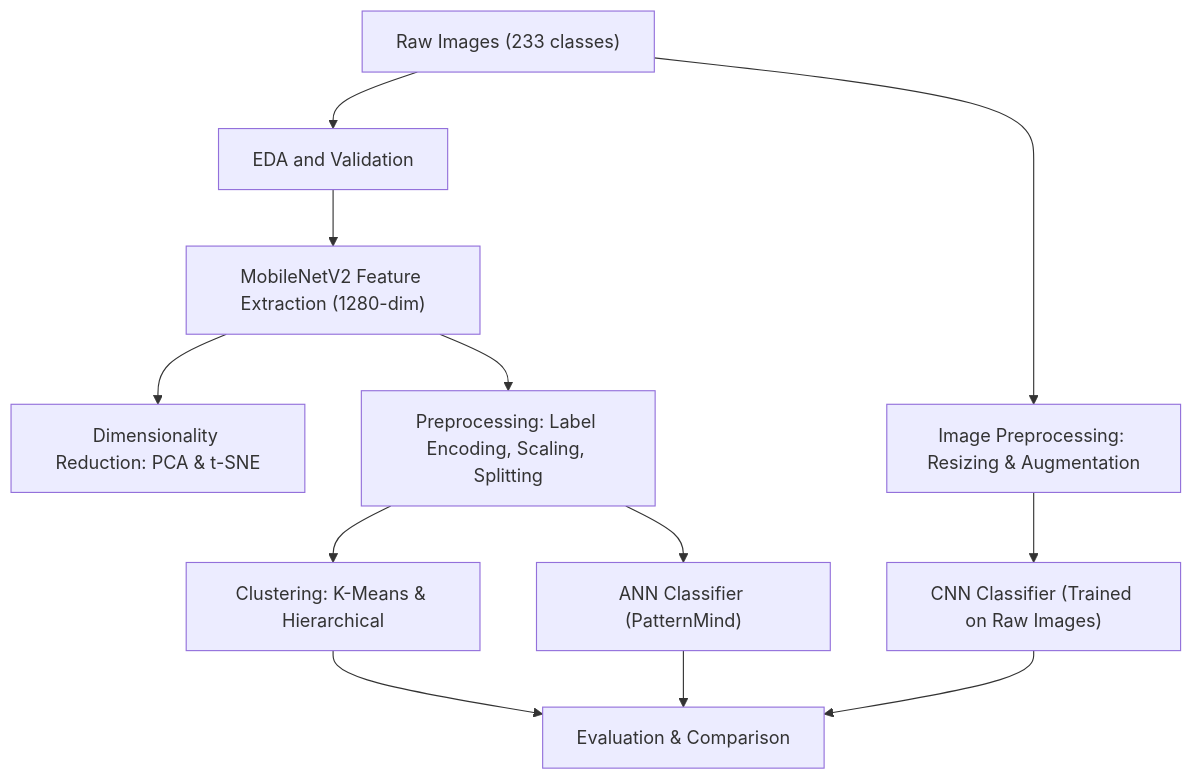
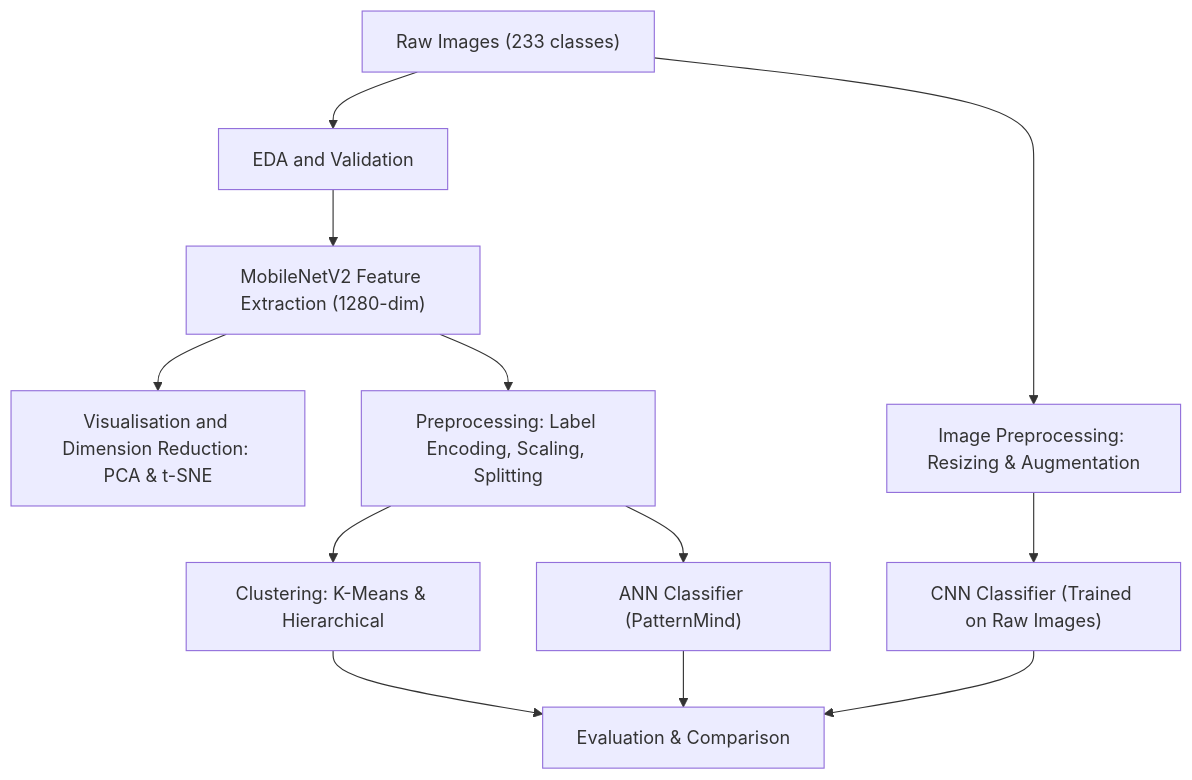
Before and after one commit to alcelaser/ML-Project-321991: the diagram in README.md, drawn with Mermaid. The commit also changed other lines of this file and 1 other file, not shown here.

````diff
--- a/README.md
+++ b/README.md
@@ -77,20 +73,20 @@
 ```mermaid
 flowchart TD
 
 A["Raw Images (233 classes)"] --> B["EDA and Validation"]
 
 B --> C["MobileNetV2 Feature Extraction (1280-dim)"]
 
-C --> D1["Dimensionality Reduction: PCA & t-SNE"]
+C --> D1["Visualisation and Dimension Reduction: PCA & t-SNE"]
 C --> D2["Preprocessing: Label Encoding, Scaling, Splitting"]
 
 D2 --> E1["Clustering: K-Means & Hierarchical"]
 D2 --> E2["ANN Classifier (PatternMind)"]
 
 A --> F["Image Preprocessing: Resizing & Augmentation"]
 F --> G["CNN Classifier (Trained on Raw Images)"]
 
 E1 --> H["Evaluation & Comparison"]
 E2 --> H
 G --> H
 ```
````
